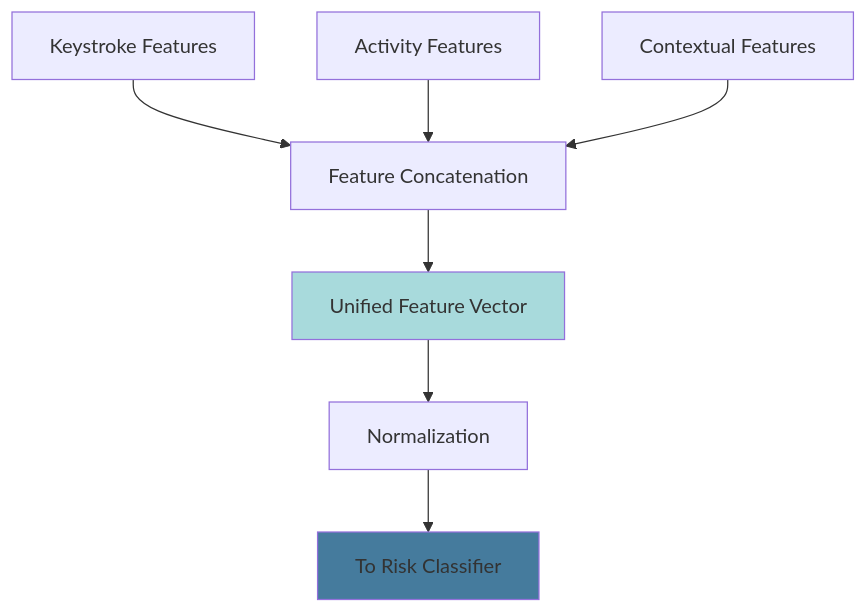
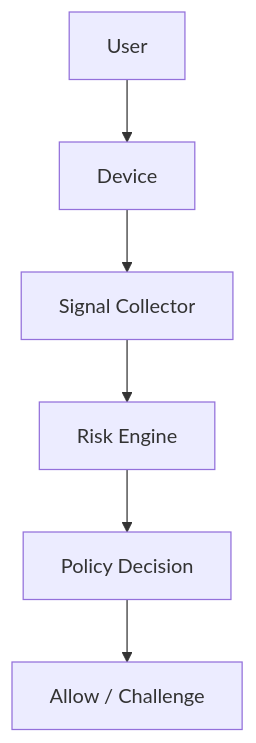
Before and after one commit to anubhab-codes/eigenbytes-site: the diagram in docs/publications/technical-papers/continuous-authentication/03 system-architecture.md, drawn with Mermaid. The commit also changed other lines of this file and 50 other files, not shown here.

Commit message:
Rewrite repository content with story-driven documentation, examples, and diagrams

````diff
--- a/docs/publications/technical-papers/continuous-authentication/03 system-architecture.md
+++ b/docs/publications/technical-papers/continuous-authentication/03 system-architecture.md
@@ -166,12 +14,8 @@
 ```mermaid
-graph TB
-    A[Keystroke Features] --> C[Feature Concatenation]
-    B[Activity Features] --> C
-    D[Contextual Features] --> C
-    C --> E[Unified Feature Vector]
-    E --> F[Normalization]
-    F --> G[To Risk Classifier]
-    
-    style E fill:#a8dadc
-    style G fill:#457b9d
+flowchart TD
+  User --> Device[Device]
+  Device --> Signals[Signal Collector]
+  Signals --> Risk[Risk Engine]
+  Risk --> Policy[Policy Decision]
+  Policy --> Action[Allow / Challenge]
 ```
````
